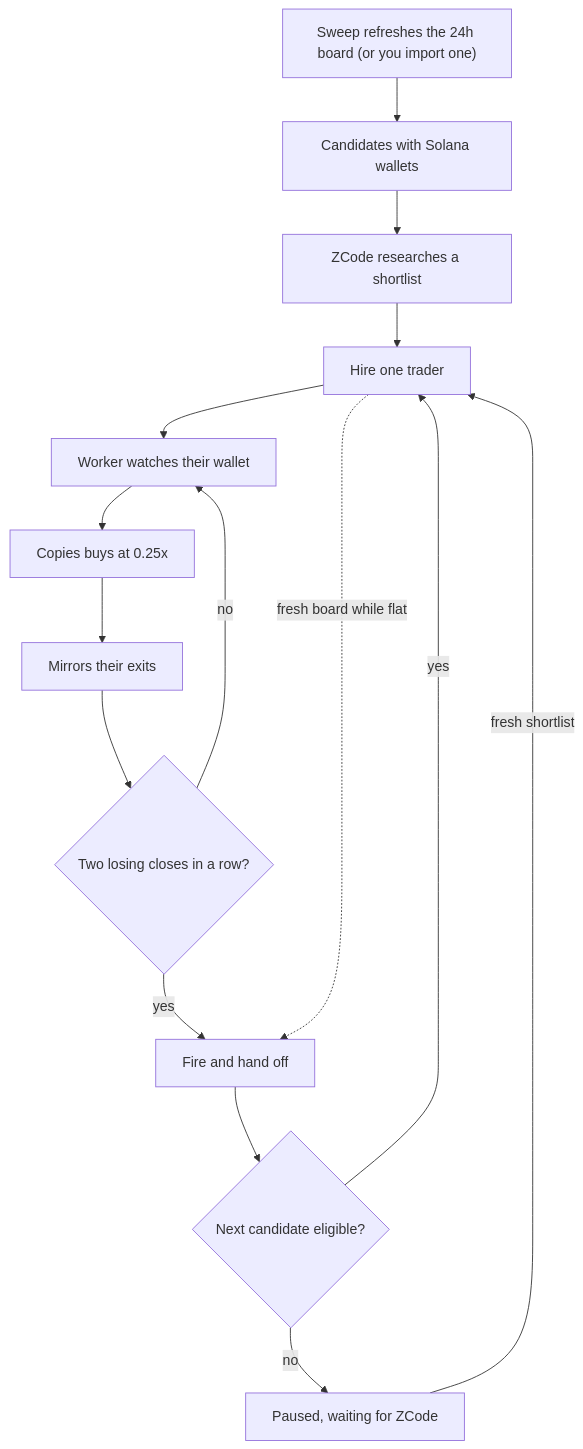
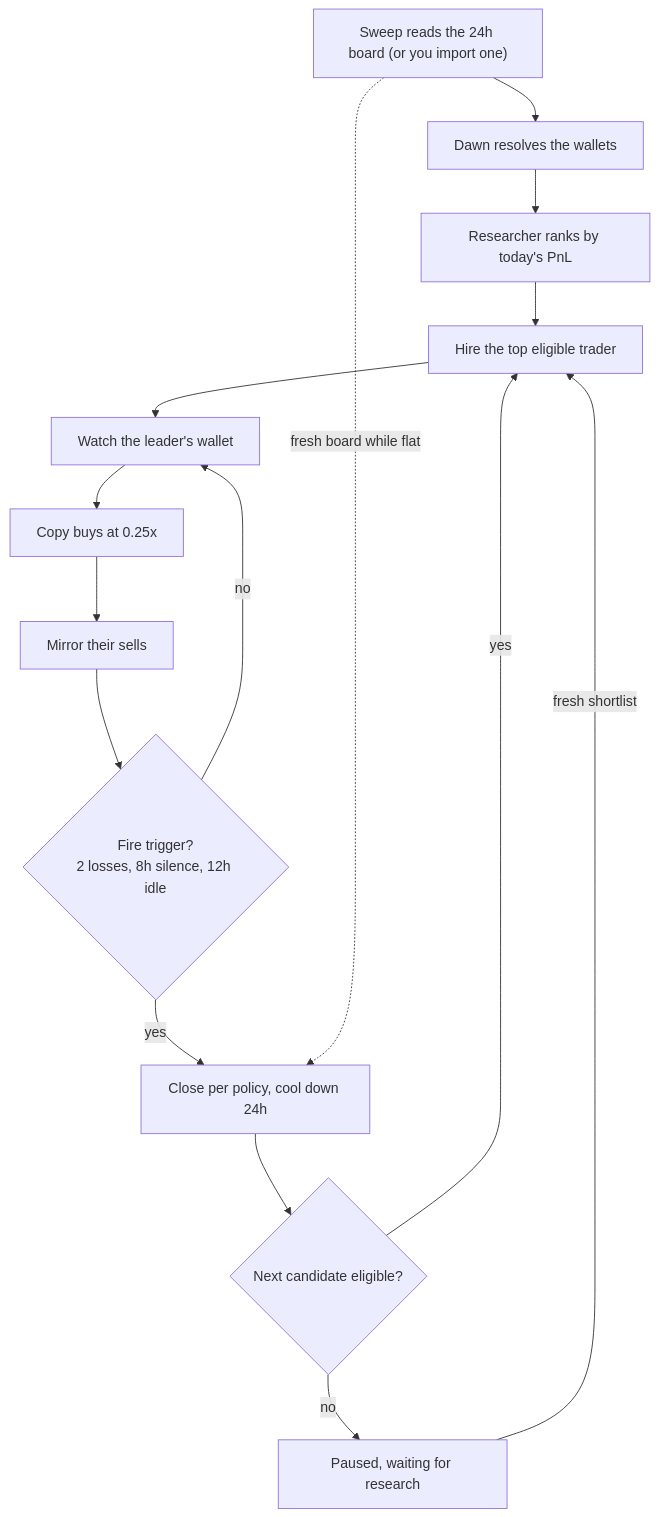
Before and after one commit to RuneL89/zcode-copytrade-bot: the diagram in docs/diagrams/copy-loop-overview.mmd, drawn with Mermaid. The commit also changed 8 other files, not shown here.

```diff
--- a/docs/diagrams/copy-loop-overview.mmd
+++ b/docs/diagrams/copy-loop-overview.mmd
@@ -1,16 +1,16 @@
 %% Render: ~/.zcode/tools/mermaid-render/render.sh -i copy-loop-overview.mmd -o ../images/copy-loop-overview.png -b white -s 2 -w 1600
 flowchart TD
-    A["Sweep refreshes the 24h board (or you import one)"] --> B["Candidates with Solana wallets"]
-    B --> C["ZCode researches a shortlist"]
-    C --> D["Hire one trader"]
-    D --> E["Worker watches their wallet"]
-    E --> F["Copies buys at 0.25x"]
-    F --> G["Mirrors their exits"]
-    G --> H{"Two losing closes in a row?"}
+    A["Sweep reads the 24h board (or you import one)"] --> B["Dawn resolves the wallets"]
+    B --> C["Researcher ranks by today's PnL"]
+    C --> D["Hire the top eligible trader"]
+    D --> E["Watch the leader's wallet"]
+    E --> F["Copy buys at 0.25x"]
+    F --> G["Mirror their sells"]
+    G --> H{"Fire trigger?<br/>2 losses, 8h silence, 12h idle"}
     H -->|no| E
-    H -->|yes| I["Fire and hand off"]
-    D -.->|fresh board while flat| I
+    H -->|yes| I["Close per policy, cool down 24h"]
+    A -.->|fresh board while flat| I
     I --> J{"Next candidate eligible?"}
     J -->|yes| D
-    J -->|no| K["Paused, waiting for ZCode"]
+    J -->|no| K["Paused, waiting for research"]
     K -->|fresh shortlist| D
```
